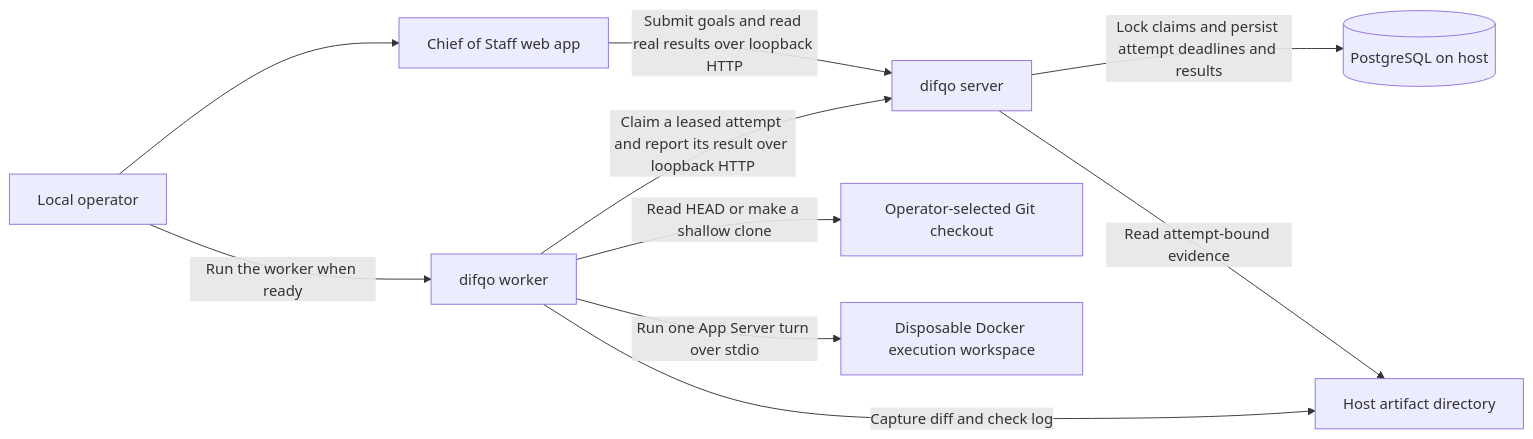
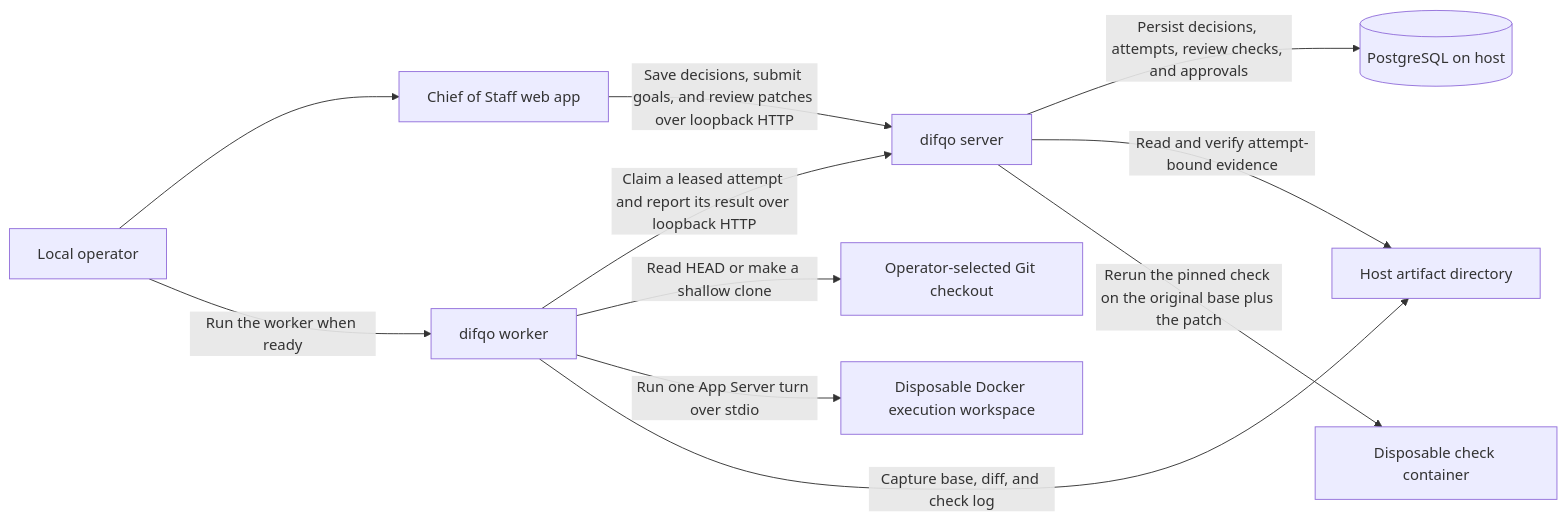
Before and after one commit to nep-ai/difqo: the first of 2 diagrams in docs/architecture.md, drawn with Mermaid. The commit also changed other lines of this file and 14 other files, not shown here.

First line of the commit message:
Review and approve exact local patches (#26)

````diff
--- a/docs/architecture.md
+++ b/docs/architecture.md
@@ -5,12 +5,13 @@
 ```mermaid
 flowchart LR
     Operator["Local operator"] --> Browser["Chief of Staff web app"]
-    Browser -->|"Submit goals and read real results over loopback HTTP"| Server["difqo server"]
+    Browser -->|"Save decisions, submit goals, and review patches over loopback HTTP"| Server["difqo server"]
     Operator -->|"Run the worker when ready"| Worker
     Worker["difqo worker"] -->|"Claim a leased attempt and report its result over loopback HTTP"| Server
-    Server -->|"Lock claims and persist attempt deadlines and results"| Postgres[("PostgreSQL on host")]
+    Server -->|"Persist decisions, attempts, review checks, and approvals"| Postgres[("PostgreSQL on host")]
     Worker -->|"Read HEAD or make a shallow clone"| Repo["Operator-selected Git checkout"]
     Worker -->|"Run one App Server turn over stdio"| Codex["Disposable Docker execution workspace"]
-    Worker -->|"Capture diff and check log"| Artifacts["Host artifact directory"]
-    Server -->|"Read attempt-bound evidence"| Artifacts
+    Worker -->|"Capture base, diff, and check log"| Artifacts["Host artifact directory"]
+    Server -->|"Read and verify attempt-bound evidence"| Artifacts
+    Server -->|"Rerun the pinned check on the original base plus the patch"| Check["Disposable check container"]
 ```
````
